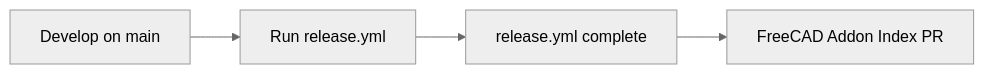
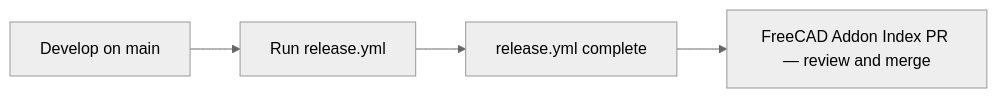
The second of 2 diagrams in MAINTAINING.md (CREATeNG/freecad-mcp-bridge), drawn with Mermaid (neutral theme) before and after one commit. The commit also changed other lines of this file and 3 other files, not shown here.

First line of the commit message:
Automate FreeCAD Addon Index PR from release workflow

````diff
--- a/MAINTAINING.md
+++ b/MAINTAINING.md
@@ -90,6 +90,6 @@
 ```mermaid
 flowchart LR
   dev[Develop on main] --> dispatch[Run release.yml]
   dispatch --> shipped[release.yml complete]
-  shipped --> index[FreeCAD Addon Index PR]
+  shipped --> index[FreeCAD Addon Index PR — review and merge]
 ```
````
